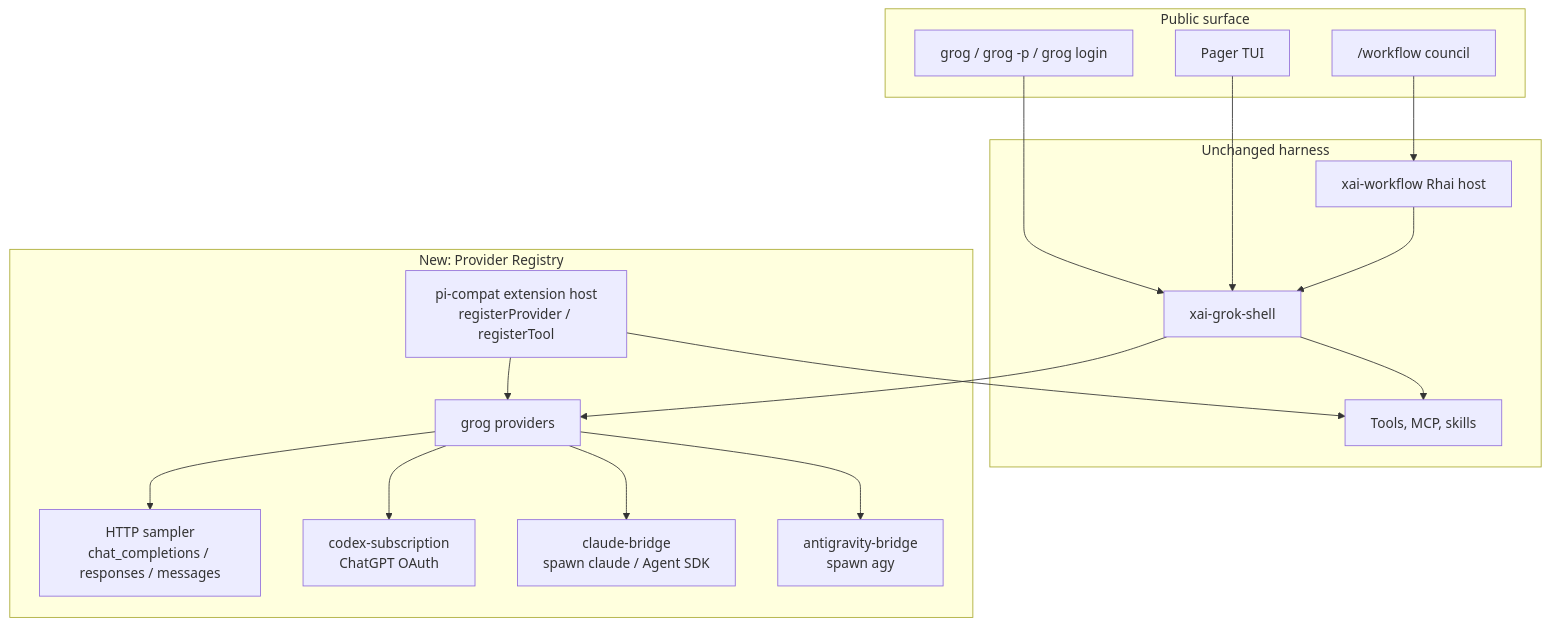
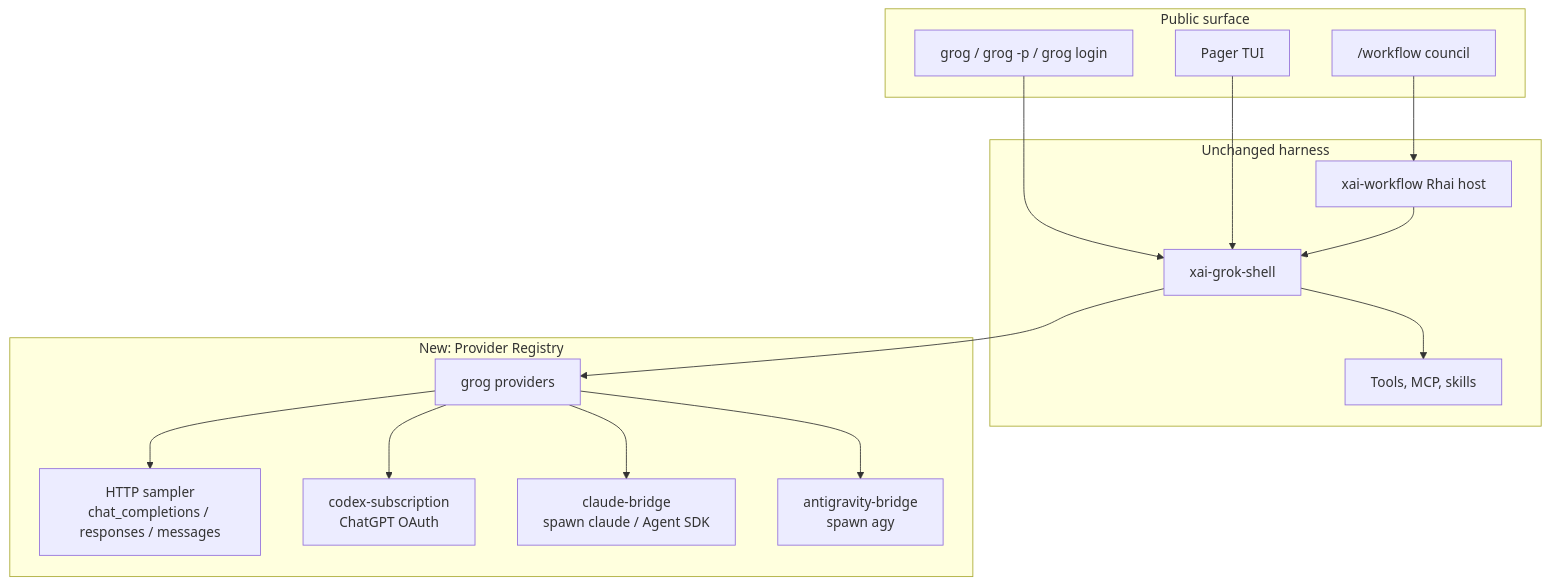
Before and after one commit to giiyms/grog-build: the diagram in docs/grog.md, drawn with Mermaid. The commit also changed other lines of this file and 21 other files, not shown here.

````diff
--- a/docs/grog.md
+++ b/docs/grog.md
@@ -64,36 +63,33 @@
 ```mermaid
 flowchart TB
   subgraph ui [Public surface]
     CLI["grog / grog -p / grog login"]
     TUI["Pager TUI"]
     WF["/workflow council"]
   end
 
   subgraph runtime [Unchanged harness]
     SHELL["xai-grok-shell"]
     TOOLS["Tools, MCP, skills"]
     RHAI["xai-workflow Rhai host"]
   end
 
   subgraph providers [New: Provider Registry]
     REG["grog providers"]
     HTTP["HTTP sampler<br/>chat_completions / responses / messages"]
     CODEX["codex-subscription<br/>ChatGPT OAuth"]
     CLAUDE["claude-bridge<br/>spawn claude / Agent SDK"]
     AGY["antigravity-bridge<br/>spawn agy"]
-    PI["pi-compat extension host<br/>registerProvider / registerTool"]
   end
 
   CLI --> SHELL
   TUI --> SHELL
   WF --> RHAI
   RHAI --> SHELL
   SHELL --> TOOLS
   SHELL --> REG
   REG --> HTTP
   REG --> CODEX
   REG --> CLAUDE
   REG --> AGY
-  PI --> REG
-  PI --> TOOLS
 ```
````
